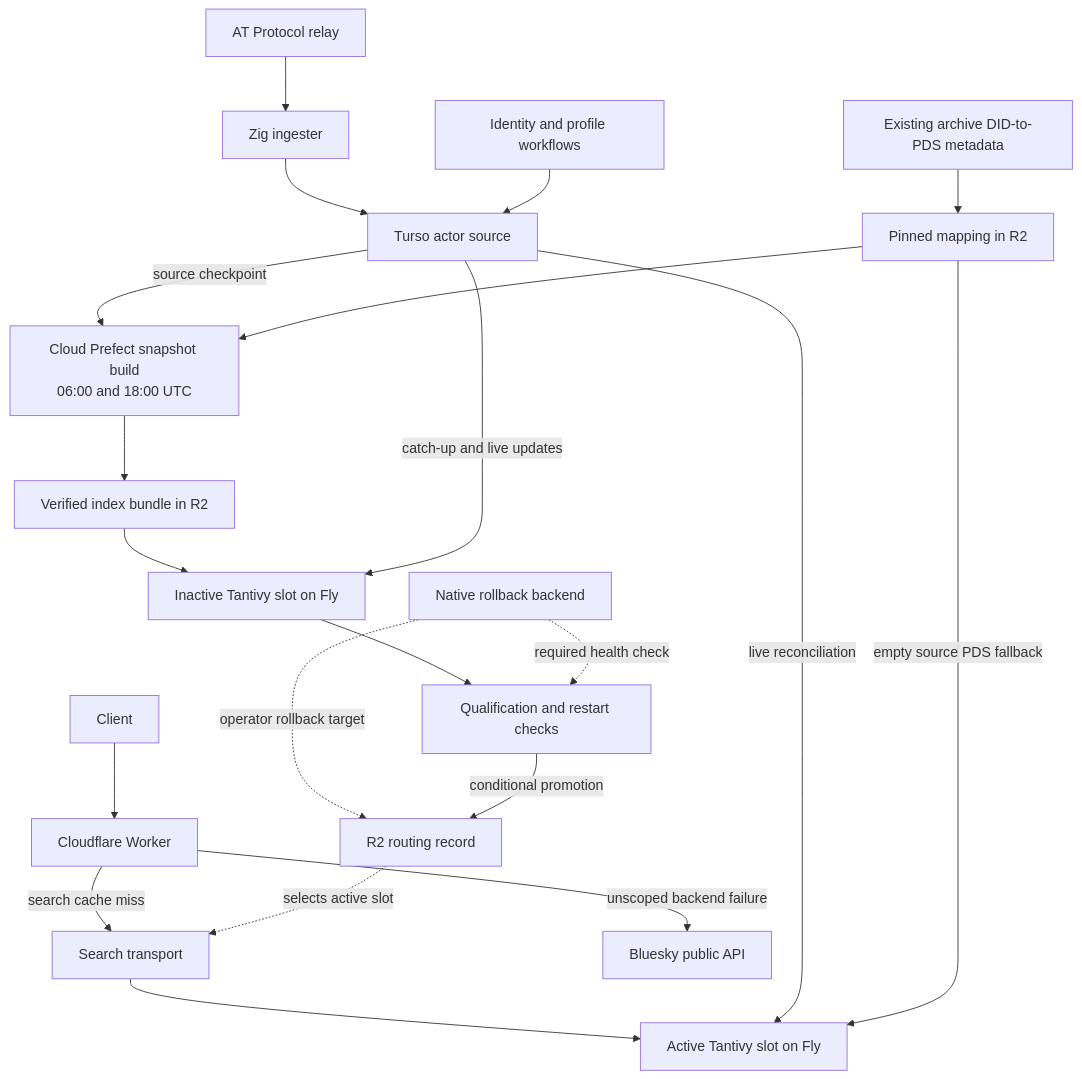
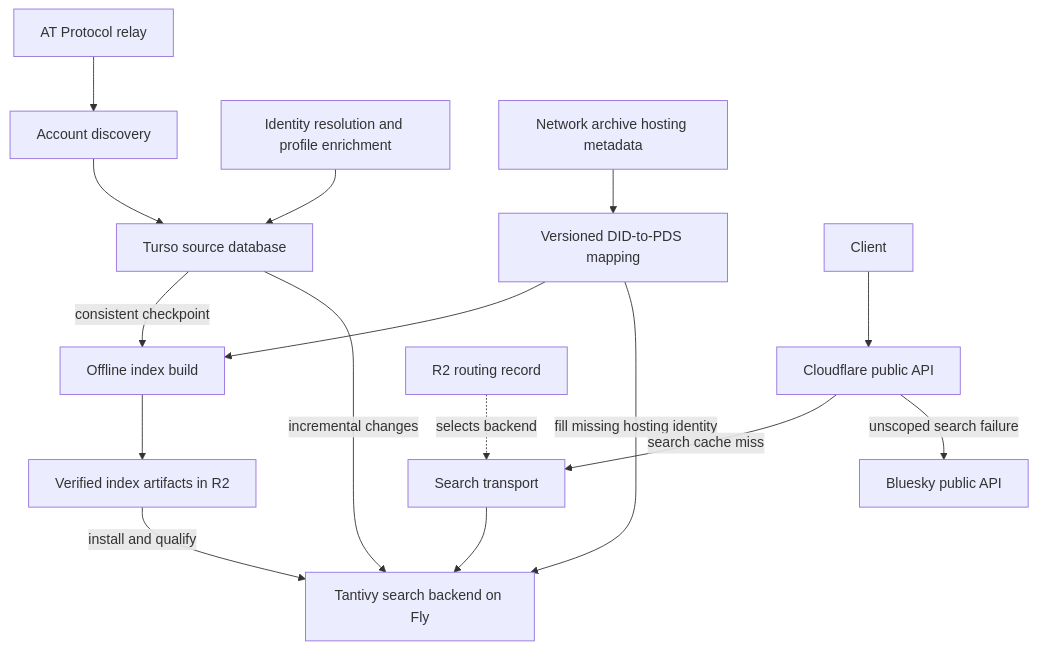
One commit to zzstoatzz/typeahead changed the diagram in docs/architecture.md. Above: the diagram before and after it, drawn with Mermaid. The commit also changed other lines of this file, not shown here.

Commit message:
Rewrite architecture as a standalone explanation of system responsibilities

````diff
--- a/docs/architecture.md
+++ b/docs/architecture.md
@@ -21,23 +14,18 @@
 ```mermaid
 flowchart TD
-    Client[Client] --> Edge[Cloudflare Worker]
-    Edge -->|search cache miss| Transport[Search transport]
-    Routing[R2 routing record] -. selects active slot .-> Transport
-    Transport --> Active[Active Tantivy slot on Fly]
-    Edge -->|unscoped backend failure| Bluesky[Bluesky public API]
-    Relay[AT Protocol relay] --> Ingester[Zig ingester]
-    Ingester --> Turso[Turso actor source]
-    Identity[Identity and profile workflows] --> Turso
-    Turso -->|live reconciliation| Active
-    Turso -->|source checkpoint| Builder["Cloud Prefect snapshot build<br/>06:00 and 18:00 UTC"]
-    Archive[Existing archive DID-to-PDS metadata] --> Mapping[Pinned mapping in R2]
-    Mapping --> Builder
-    Mapping -->|empty source PDS fallback| Active
-    Builder --> Bundle[Verified index bundle in R2]
-    Bundle --> Inactive[Inactive Tantivy slot on Fly]
-    Turso -->|catch-up and live updates| Inactive
-    Inactive --> Gates[Qualification and restart checks]
-    Native[Native rollback backend] -. required health check .-> Gates
-    Native -. operator rollback target .-> Routing
-    Gates -->|conditional promotion| Routing
+    Network[AT Protocol relay] --> Ingest[Account discovery]
+    Identity[Identity resolution and profile enrichment] --> Source[Turso source database]
+    Ingest --> Source
+    Archive[Network archive hosting metadata] --> Mapping[Versioned DID-to-PDS mapping]
+    Source -->|consistent checkpoint| Build[Offline index build]
+    Mapping --> Build
+    Build --> Artifacts[Verified index artifacts in R2]
+    Artifacts -->|install and qualify| Search[Tantivy search backend on Fly]
+    Source -->|incremental changes| Search
+    Mapping -->|fill missing hosting identity| Search
+    Client[Client] --> API[Cloudflare public API]
+    API -->|search cache miss| Transport[Search transport]
+    Route[R2 routing record] -. selects backend .-> Transport
+    Transport --> Search
+    API -->|unscoped search failure| Bluesky[Bluesky public API]
 ```
````
